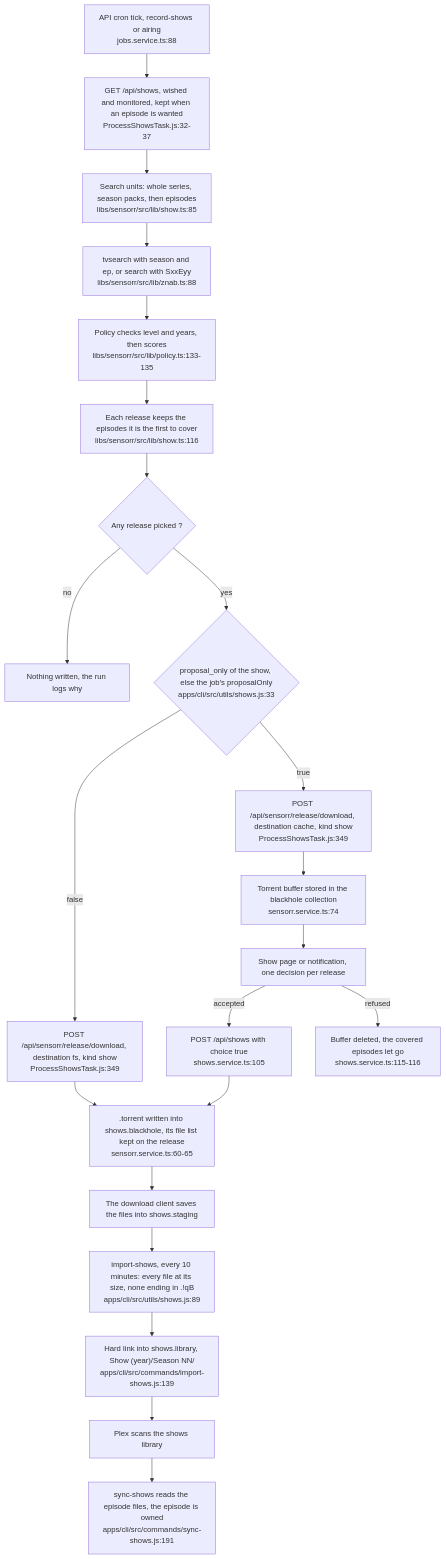
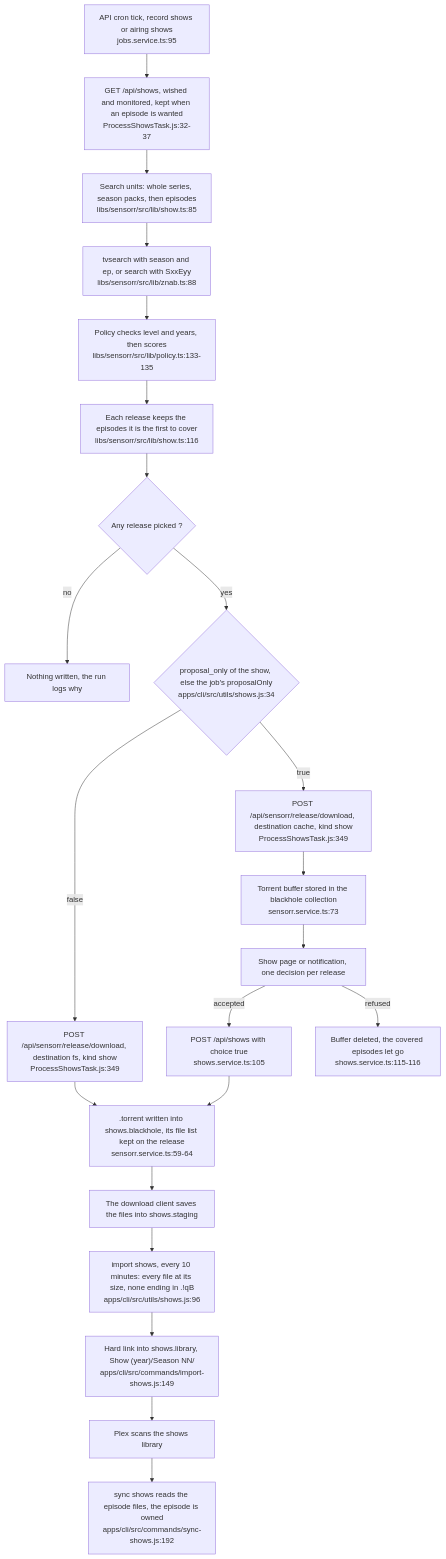
The second of 2 diagrams in docs/architecture.md (thcolin/sensorr), drawn with Mermaid before and after one commit. The commit also changed other lines of this file and 5 other files, not shown here.

````diff
--- a/docs/architecture.md
+++ b/docs/architecture.md
@@ -138,31 +141,31 @@
 ```mermaid
 flowchart TD
-  cron["API cron tick, record-shows or airing<br/>jobs.service.ts:88"] --> fetch
+  cron["API cron tick, record shows or airing shows<br/>jobs.service.ts:95"] --> fetch
   fetch["GET /api/shows, wished and monitored, kept when an episode is wanted<br/>ProcessShowsTask.js:32-37"] --> units
   units["Search units: whole series, season packs, then episodes<br/>libs/sensorr/src/lib/show.ts:85"] --> search
   search["tvsearch with season and ep, or search with SxxEyy<br/>libs/sensorr/src/lib/znab.ts:88"] --> policy
   policy["Policy checks level and years, then scores<br/>libs/sensorr/src/lib/policy.ts:133-135"] --> pick
   pick["Each release keeps the episodes it is the first to cover<br/>libs/sensorr/src/lib/show.ts:116"] --> picked
 
   picked{"Any release picked ?"}
   picked -->|no| stop["Nothing written, the run logs why"]
   picked -->|yes| branch
 
-  branch{"proposal_only of the show, else the job's proposalOnly<br/>apps/cli/src/utils/shows.js:33"}
+  branch{"proposal_only of the show, else the job's proposalOnly<br/>apps/cli/src/utils/shows.js:34"}
   branch -->|false| dlfs["POST /api/sensorr/release/download, destination fs, kind show<br/>ProcessShowsTask.js:349"]
   branch -->|true| dlcache["POST /api/sensorr/release/download, destination cache, kind show<br/>ProcessShowsTask.js:349"]
 
-  dlfs --> blackhole[".torrent written into shows.blackhole, its file list kept on the release<br/>sensorr.service.ts:60-65"]
-  dlcache --> cached["Torrent buffer stored in the blackhole collection<br/>sensorr.service.ts:74"]
+  dlfs --> blackhole[".torrent written into shows.blackhole, its file list kept on the release<br/>sensorr.service.ts:59-64"]
+  dlcache --> cached["Torrent buffer stored in the blackhole collection<br/>sensorr.service.ts:73"]
 
   cached --> review["Show page or notification, one decision per release"]
   review -->|accepted| accept["POST /api/shows with choice true<br/>shows.service.ts:105"]
   review -->|refused| refuse["Buffer deleted, the covered episodes let go<br/>shows.service.ts:115-116"]
   accept --> blackhole
 
   blackhole --> client["The download client saves the files into shows.staging"]
-  client --> import["import-shows, every 10 minutes: every file at its size, none ending in .!qB<br/>apps/cli/src/utils/shows.js:89"]
-  import --> link["Hard link into shows.library, Show (year)/Season NN/<br/>apps/cli/src/commands/import-shows.js:139"]
+  client --> import["import shows, every 10 minutes: every file at its size, none ending in .!qB<br/>apps/cli/src/utils/shows.js:96"]
+  import --> link["Hard link into shows.library, Show (year)/Season NN/<br/>apps/cli/src/commands/import-shows.js:149"]
   link --> plex["Plex scans the shows library"]
-  plex --> sync["sync-shows reads the episode files, the episode is owned<br/>apps/cli/src/commands/sync-shows.js:191"]
+  plex --> sync["sync shows reads the episode files, the episode is owned<br/>apps/cli/src/commands/sync-shows.js:192"]
 ```
````
